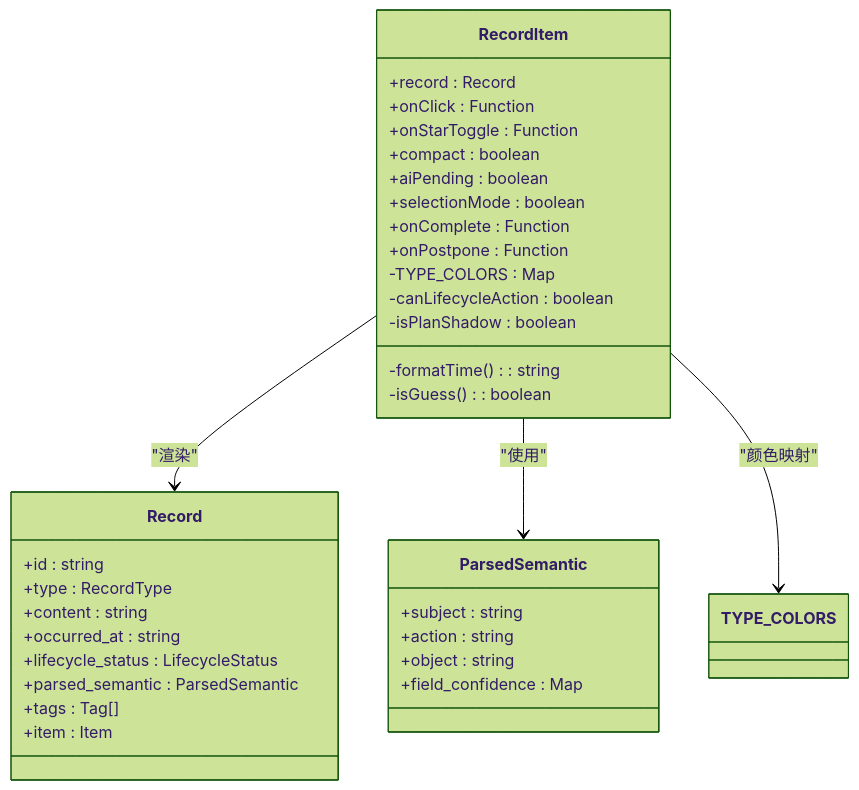
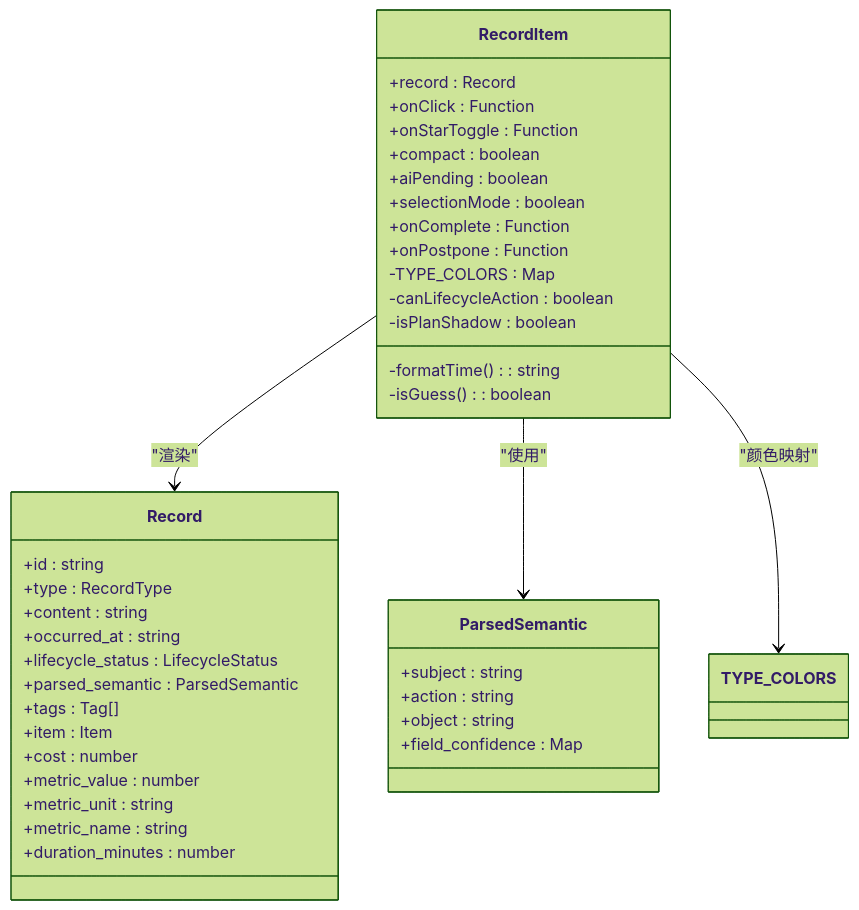
Before and after one commit to bbong1234/TETO: the fifth of 8 diagrams in .qoder/repowiki/zh/content/核心功能模块/记录管理系统/记录类型系统.md, drawn with Mermaid (forest theme). The commit also changed other lines of this file and 26 other files, not shown here.

````diff
--- a/.qoder/repowiki/zh/content/核心功能模块/记录管理系统/记录类型系统.md
+++ b/.qoder/repowiki/zh/content/核心功能模块/记录管理系统/记录类型系统.md
@@ -179,37 +215,42 @@
 ```mermaid
 classDiagram
 class RecordItem {
 +record : Record
 +onClick : Function
 +onStarToggle : Function
 +compact : boolean
 +aiPending : boolean
 +selectionMode : boolean
 +onComplete : Function
 +onPostpone : Function
 -TYPE_COLORS : Map
 -formatTime() : string
 -isGuess() : boolean
 -canLifecycleAction : boolean
 -isPlanShadow : boolean
 }
 class Record {
 +id : string
 +type : RecordType
 +content : string
 +occurred_at : string
 +lifecycle_status : LifecycleStatus
 +parsed_semantic : ParsedSemantic
 +tags : Tag[]
 +item : Item
++cost : number
++metric_value : number
++metric_unit : string
++metric_name : string
++duration_minutes : number
 }
 class ParsedSemantic {
 +subject : string
 +action : string
 +object : string
 +field_confidence : Map
 }
 RecordItem --> Record : "渲染"
 RecordItem --> ParsedSemantic : "使用"
 RecordItem --> TYPE_COLORS : "颜色映射"
 ```
````
